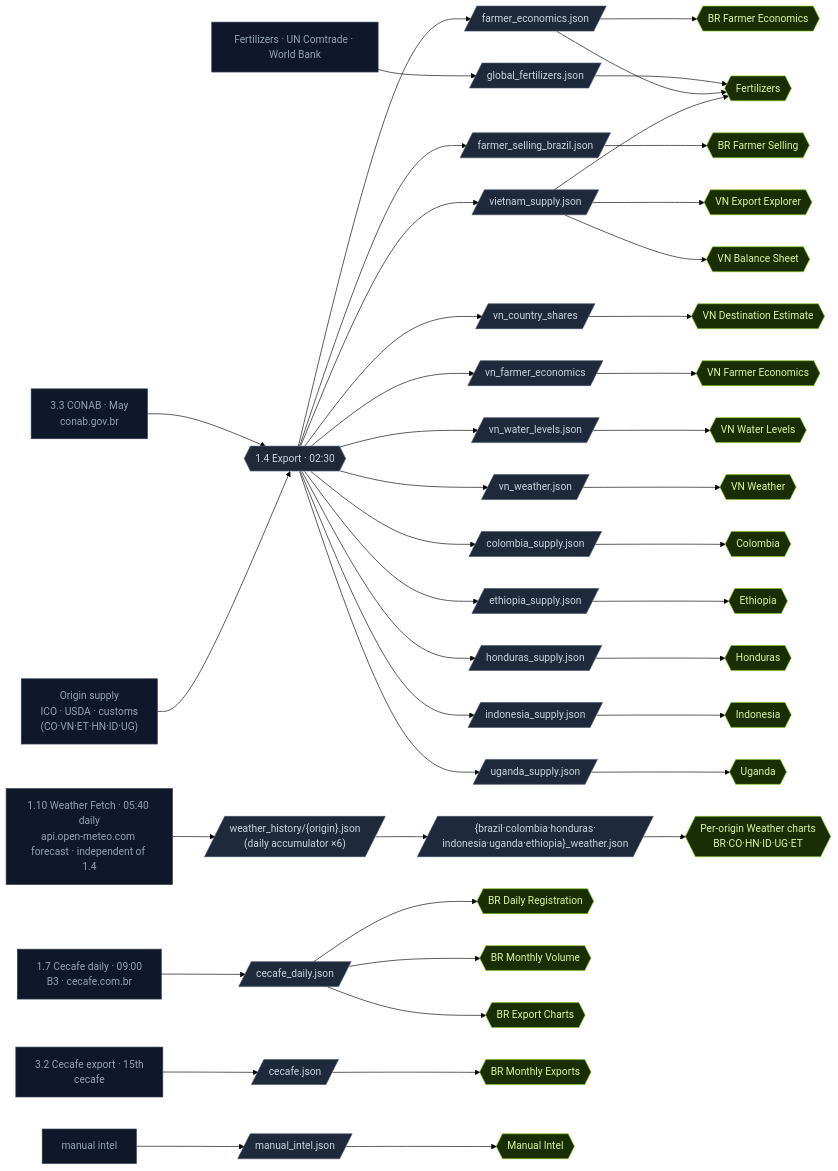
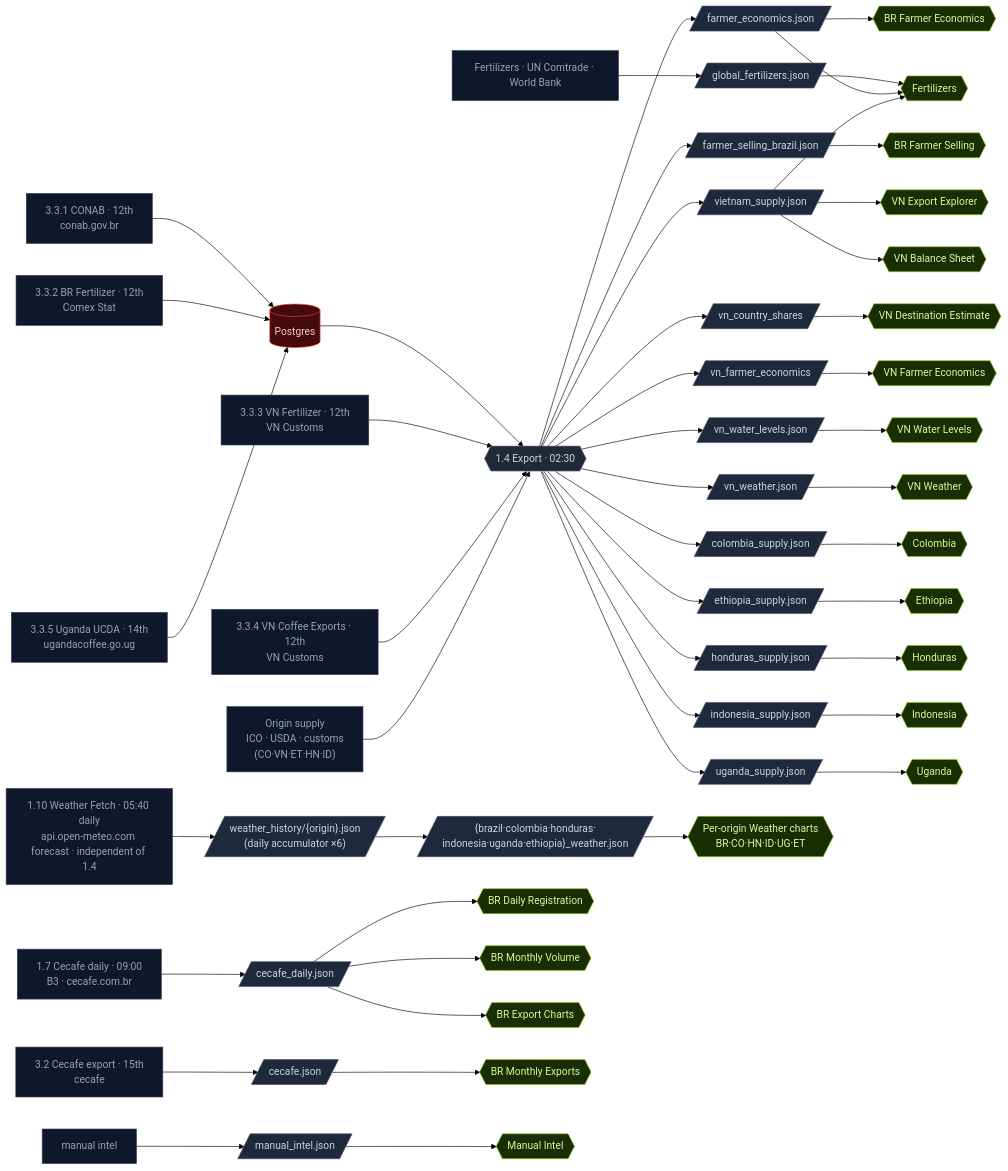
Before and after one commit to loicscanu-ctrl/Coffee-intel-map: the fifth of 9 diagrams in docs/DATA_PLATFORM_MAP.md, drawn with Mermaid (forest theme). The commit also changed other lines of this file and 1 other file, not shown here.

Commit message:
docs(data-map): reflect 3.3 split into per-source workflows + Uganda pipeline
Update the Data Map tab (and its source-of-truth doc) for the monthly-scraper
refactor: replace the single '3.3 CONAB' node with 3.3.1 CONAB, 3.3.2 BR
Fertilizer, 3.3.3 VN Fertilizer, 3.3.4 VN Coffee Exports and 3.3.5 Uganda UCDA,
add a Postgres node to the Supply diagram, and route Uganda through its
dedicated UCDA scraper (DB -> 1.4 export -> uganda_supply.json) instead of the
generic 'manual customs' origin-supply box. Refresh the workflow->visual table
and the Macro diagram label accordingly.

```diff
--- a/docs/DATA_PLATFORM_MAP.md
+++ b/docs/DATA_PLATFORM_MAP.md
@@ -334,10 +339,15 @@
 flowchart LR
   W17["1.7 Cecafe daily · 09:00<br/>B3 · cecafe.com.br"]
   W32["3.2 Cecafe export · 15th<br/>cecafe"]
-  W33["3.3 CONAB · May<br/>conab.gov.br"]
-  WCNTRY["Origin supply<br/>ICO · USDA · customs<br/>(CO·VN·ET·HN·ID·UG)"]
+  W331["3.3.1 CONAB · 12th<br/>conab.gov.br"]
+  W332["3.3.2 BR Fertilizer · 12th<br/>Comex Stat"]
+  W333["3.3.3 VN Fertilizer · 12th<br/>VN Customs"]
+  W334["3.3.4 VN Coffee Exports · 12th<br/>VN Customs"]
+  W335["3.3.5 Uganda UCDA · 14th<br/>ugandacoffee.go.ug"]
+  WCNTRY["Origin supply<br/>ICO · USDA · customs<br/>(CO·VN·ET·HN·ID)"]
   WFERT["Fertilizers · UN Comtrade · World Bank"]
   WINTEL["manual intel"]
+  DB[(Postgres)]
   EXP{{"1.4 Export · 02:30"}}
   J_cecd[/cecafe_daily.json/]
   J_cec[/cecafe.json/]
@@ -383,7 +393,12 @@
   J_cecd --> mv
   J_cecd --> brexp
   W32 --> J_cec --> cec
-  W33 --> EXP
+  W331 --> DB
+  W332 --> DB
+  W335 --> DB
+  DB --> EXP
+  W333 --> EXP
+  W334 --> EXP
   WCNTRY --> EXP
   WFERT --> J_ferts
   WINTEL --> J_intel
@@ -425,7 +440,8 @@
   classDef proc fill:#1f2937,stroke:#64748b,color:#cbd5e1;
   classDef json fill:#1e293b,stroke:#475569,color:#cbd5e1;
   classDef vis fill:#1a2e05,stroke:#84cc16,color:#d9f99d;
-  class W17,W32,W33,WCNTRY,WFERT,WINTEL,W110 scr;
+  class W17,W32,W331,W332,W333,W334,W335,WCNTRY,WFERT,WINTEL,W110 scr;
+  class DB store;
   class EXP proc;
   class J_cecd,J_cec,J_fe,J_fsell,J_vn,J_vnx,J_vnfe,J_vnwl,J_vnw,J_co,J_et,J_hn,J_id,J_ug,J_ferts,J_intel,J_whist,J_owx json;
   class br,mv,brexp,bfe,sell,cec,vnexp,vndest,vnbal,vnfe,vnwl,vnw,coexp,et,hn,idn,ug,fert,intel,owx vis;
```
